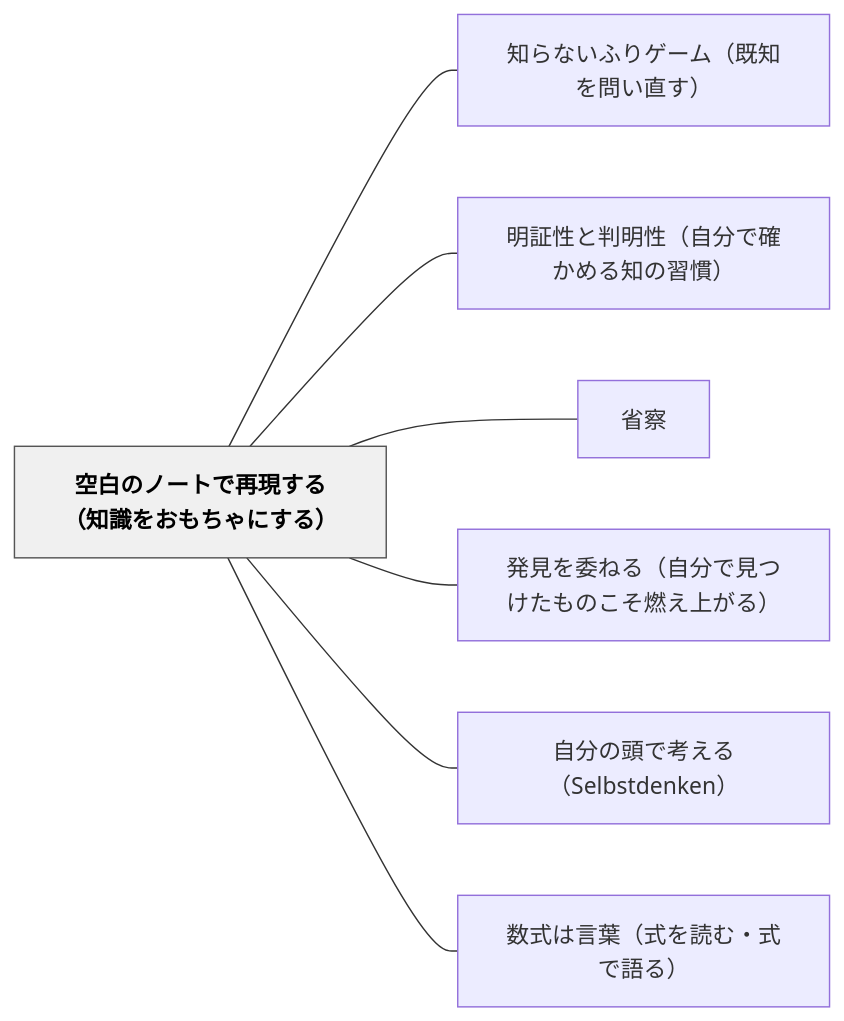
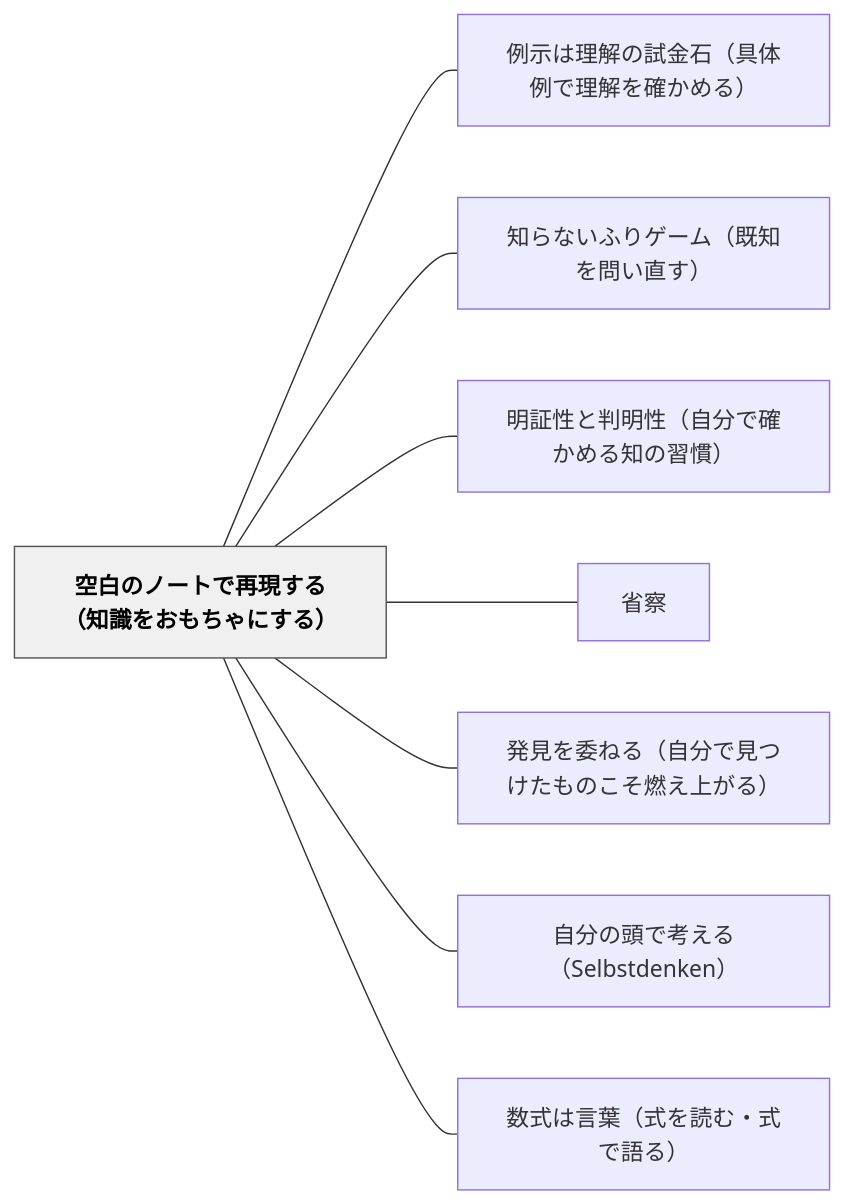
Before and after one commit to unknownthings-ed-patterns/unknownthings-ed-patterns: the diagram in content/パタン/空白のノートで再現する（知識をおもちゃにする）.md, drawn with Mermaid. The commit also changed other lines of this file and 185 other files, not shown here.

````diff
--- a/content/パタン/空白のノートで再現する（知識をおもちゃにする）.md
+++ b/content/パタン/空白のノートで再現する（知識をおもちゃにする）.md
@@ -154,20 +155,22 @@
 ```mermaid
 flowchart LR
     ne7a9bae799bde381aee3838ee383bce38388e381a7e5868de78fbee38199e3828befbc88e79fa5e8ad98e38292e3818ae38282e381a1e38283e381abe38199e3828befbc89["空白のノートで再現する（知識をおもちゃにする）"]
+    ne4be8be7a4bae381afe79086e8a7a3e381aee8a9a6e98791e79fb3efbc88e585b7e4bd93e4be8be381a7e79086e8a7a3e38292e7a2bae3818be38281e3828befbc89["例示は理解の試金石（具体例で理解を確かめる）"]
     ne79fa5e38289e381aae38184e381b5e3828ae382b2e383bce383a0efbc88e697a2e79fa5e38292e5958fe38184e79bb4e38199efbc89["知らないふりゲーム（既知を問い直す）"]
     ne6988ee8a8bce680a7e381a8e588a4e6988ee680a7efbc88e887aae58886e381a7e7a2bae3818be38281e3828be79fa5e381aee7bf92e685a3efbc89["明証性と判明性（自分で確かめる知の習慣）"]
     ne79c81e5af9f["省察"]
     ne799bae8a68be38292e5a794e381ade3828befbc88e887aae58886e381a7e8a68be381a4e38191e3819fe38282e381aee38193e3819de78783e38188e4b88ae3818ce3828befbc89["発見を委ねる（自分で見つけたものこそ燃え上がる）"]
     ne887aae58886e381aee9a0ade381a7e88083e38188e3828befbc8853656c62737464656e6b656eefbc89["自分の頭で考える（Selbstdenken）"]
     ne695b0e5bc8fe381afe8a880e89189efbc88e5bc8fe38292e8aaade38280e383bbe5bc8fe381a7e8aa9ee3828befbc89["数式は言葉（式を読む・式で語る）"]
 
+    ne7a9bae799bde381aee3838ee383bce38388e381a7e5868de78fbee38199e3828befbc88e79fa5e8ad98e38292e3818ae38282e381a1e38283e381abe38199e3828befbc89 --- ne4be8be7a4bae381afe79086e8a7a3e381aee8a9a6e98791e79fb3efbc88e585b7e4bd93e4be8be381a7e79086e8a7a3e38292e7a2bae3818be38281e3828befbc89
     ne7a9bae799bde381aee3838ee383bce38388e381a7e5868de78fbee38199e3828befbc88e79fa5e8ad98e38292e3818ae38282e381a1e38283e381abe38199e3828befbc89 --- ne79fa5e38289e381aae38184e381b5e3828ae382b2e383bce383a0efbc88e697a2e79fa5e38292e5958fe38184e79bb4e38199efbc89
     ne7a9bae799bde381aee3838ee383bce38388e381a7e5868de78fbee38199e3828befbc88e79fa5e8ad98e38292e3818ae38282e381a1e38283e381abe38199e3828befbc89 --- ne6988ee8a8bce680a7e381a8e588a4e6988ee680a7efbc88e887aae58886e381a7e7a2bae3818be38281e3828be79fa5e381aee7bf92e685a3efbc89
     ne7a9bae799bde381aee3838ee383bce38388e381a7e5868de78fbee38199e3828befbc88e79fa5e8ad98e38292e3818ae38282e381a1e38283e381abe38199e3828befbc89 --- ne79c81e5af9f
     ne7a9bae799bde381aee3838ee383bce38388e381a7e5868de78fbee38199e3828befbc88e79fa5e8ad98e38292e3818ae38282e381a1e38283e381abe38199e3828befbc89 --- ne799bae8a68be38292e5a794e381ade3828befbc88e887aae58886e381a7e8a68be381a4e38191e3819fe38282e381aee38193e3819de78783e38188e4b88ae3818ce3828befbc89
     ne7a9bae799bde381aee3838ee383bce38388e381a7e5868de78fbee38199e3828befbc88e79fa5e8ad98e38292e3818ae38282e381a1e38283e381abe38199e3828befbc89 --- ne887aae58886e381aee9a0ade381a7e88083e38188e3828befbc8853656c62737464656e6b656eefbc89
     ne7a9bae799bde381aee3838ee383bce38388e381a7e5868de78fbee38199e3828befbc88e79fa5e8ad98e38292e3818ae38282e381a1e38283e381abe38199e3828befbc89 --- ne695b0e5bc8fe381afe8a880e89189efbc88e5bc8fe38292e8aaade38280e383bbe5bc8fe381a7e8aa9ee3828befbc89
 
     classDef hub fill:#f0f0f0,stroke:#555,color:#000,font-weight:bold
     class ne7a9bae799bde381aee3838ee383bce38388e381a7e5868de78fbee38199e3828befbc88e79fa5e8ad98e38292e3818ae38282e381a1e38283e381abe38199e3828befbc89 hub
 ```
````
